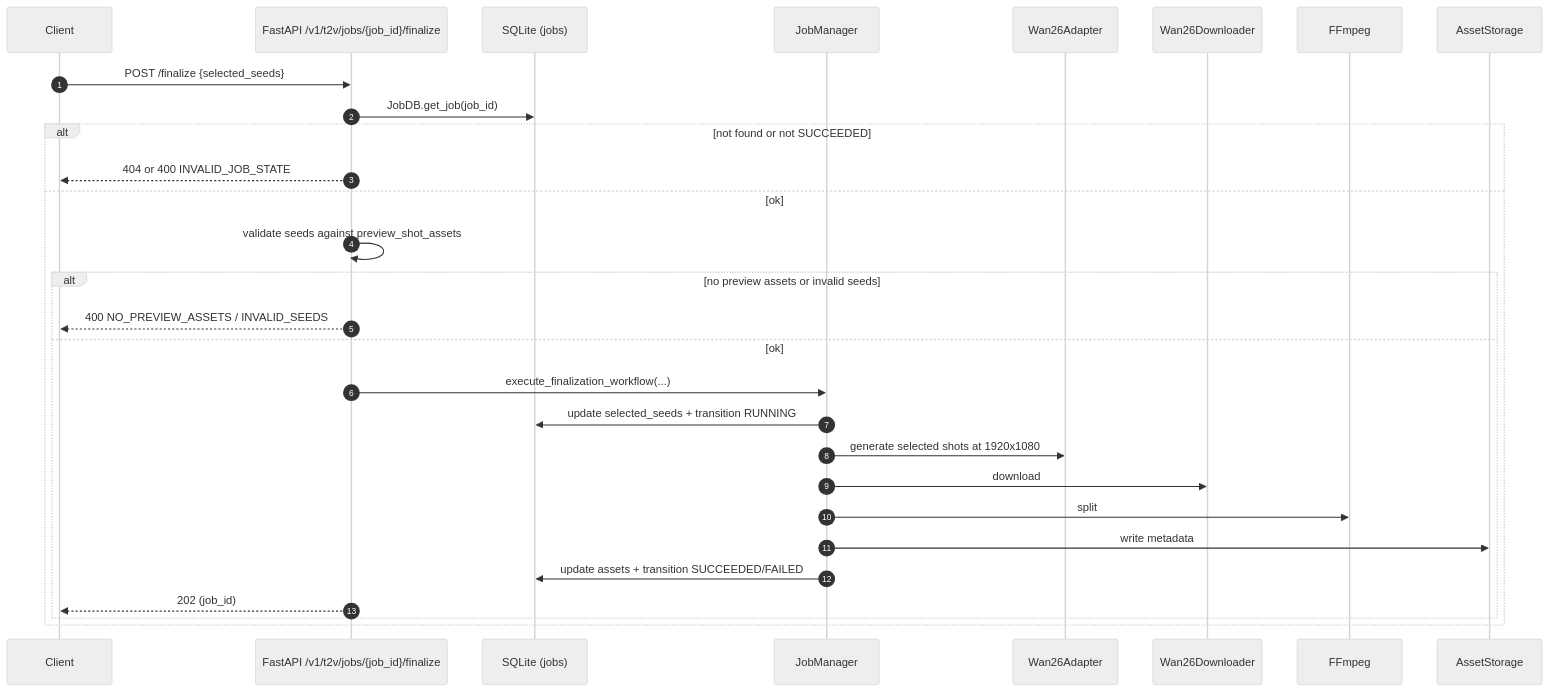
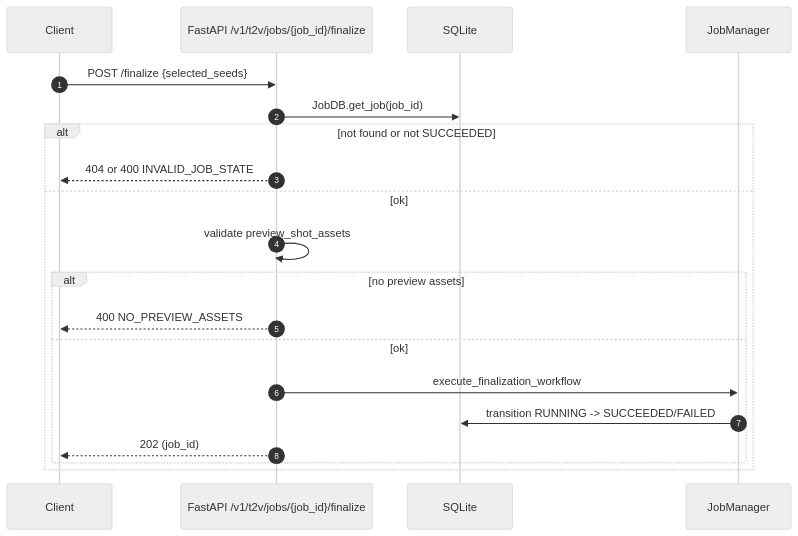
Before and after one commit to kai-57-sh/Prism: the eighth of 8 diagrams in docs/backend-dataflow.md, drawn with Mermaid (neutral theme). The commit also changed other lines of this file and 3 other files, not shown here.

````diff
--- a/docs/backend-dataflow.md
+++ b/docs/backend-dataflow.md
@@ -241,32 +269,23 @@
 ```mermaid
 sequenceDiagram
     autonumber
     participant Client
     participant API as FastAPI /v1/t2v/jobs/{job_id}/finalize
-    participant DB as SQLite (jobs)
+    participant DB as SQLite
     participant JM as JobManager
-    participant W26 as Wan26Adapter
-    participant DL as Wan26Downloader
-    participant FF as FFmpeg
-    participant FS as AssetStorage
 
     Client->>API: POST /finalize {selected_seeds}
     API->>DB: JobDB.get_job(job_id)
     alt not found or not SUCCEEDED
         API-->>Client: 404 or 400 INVALID_JOB_STATE
     else ok
-        API->>API: validate seeds against preview_shot_assets
-        alt no preview assets or invalid seeds
-            API-->>Client: 400 NO_PREVIEW_ASSETS / INVALID_SEEDS
+        API->>API: validate preview_shot_assets
+        alt no preview assets
+            API-->>Client: 400 NO_PREVIEW_ASSETS
         else ok
-            API->>JM: execute_finalization_workflow(...)
-            JM->>DB: update selected_seeds + transition RUNNING
-            JM->>W26: generate selected shots at 1920x1080
-            JM->>DL: download
-            JM->>FF: split
-            JM->>FS: write metadata
-            JM->>DB: update assets + transition SUCCEEDED/FAILED
+            API->>JM: execute_finalization_workflow
+            JM->>DB: transition RUNNING -> SUCCEEDED/FAILED
             API-->>Client: 202 (job_id)
         end
     end
 ```
````
